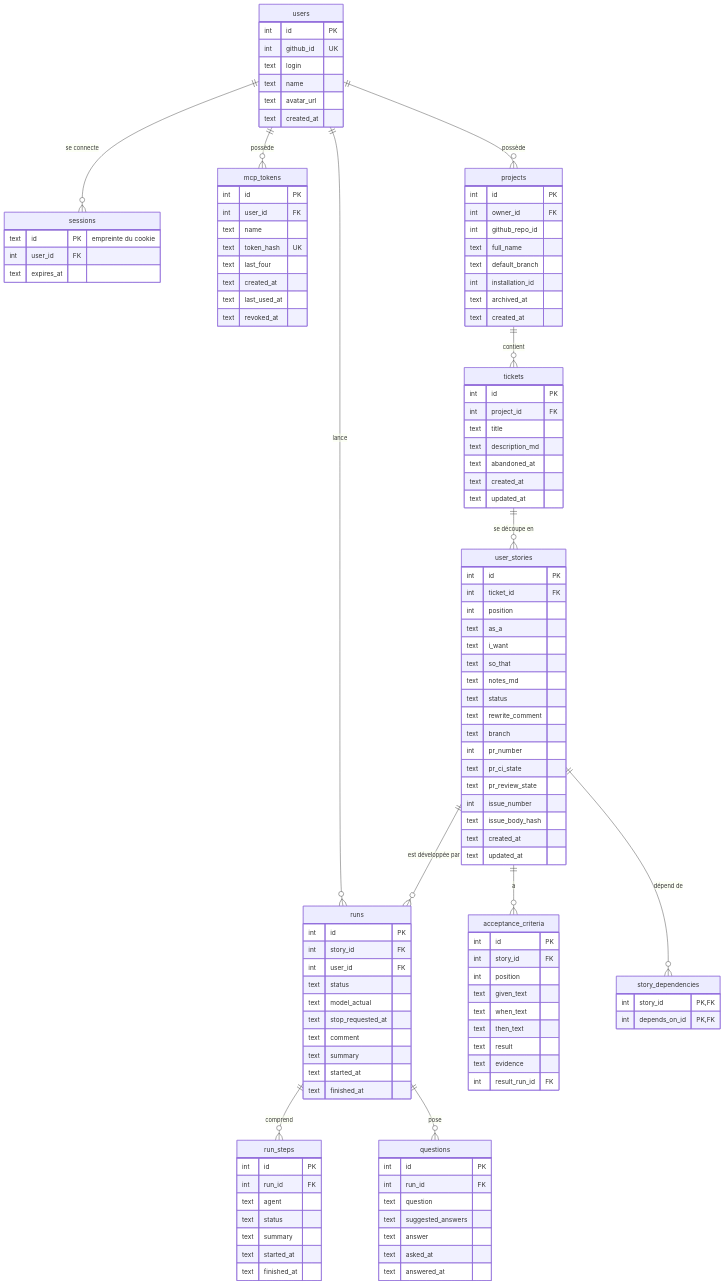
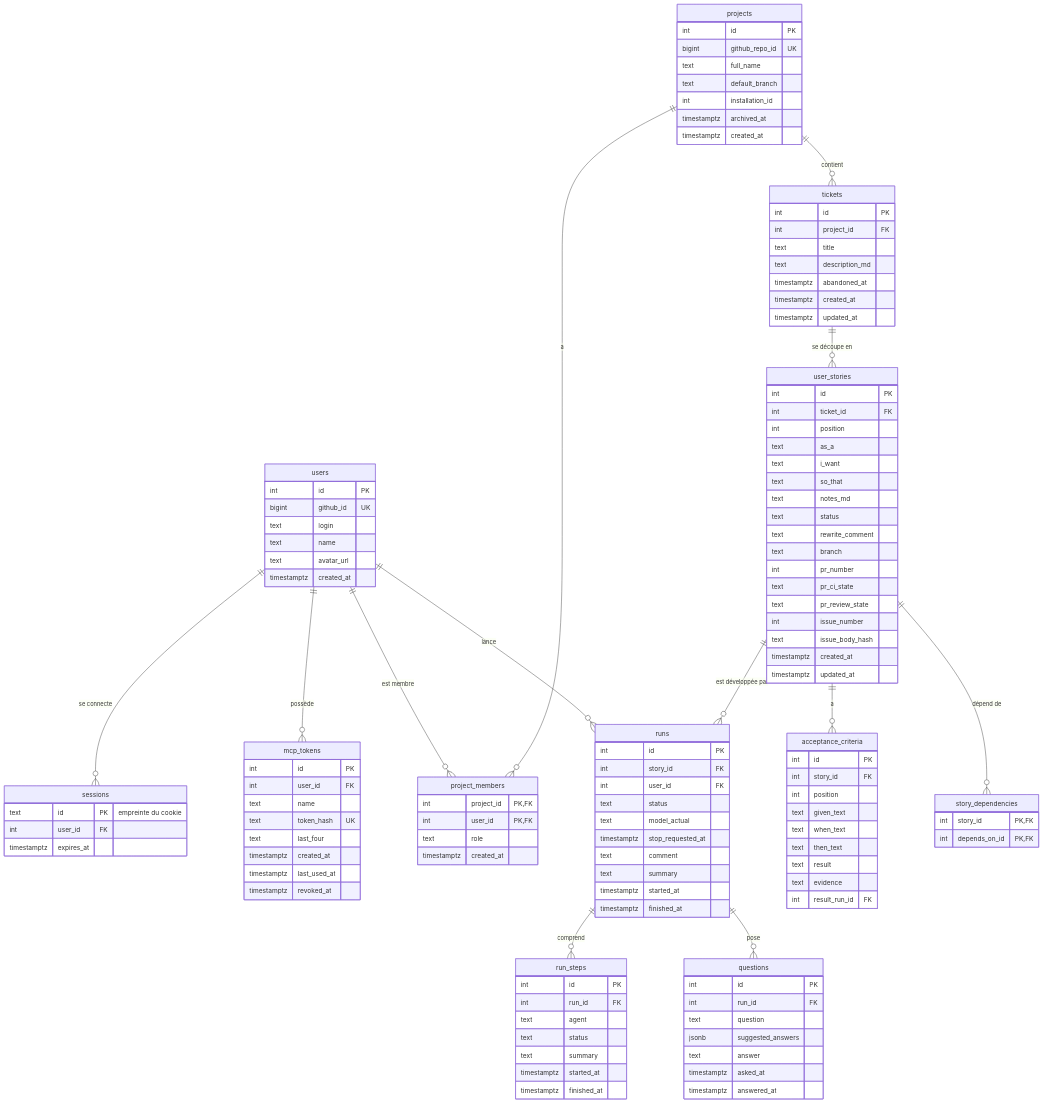
One commit to vidal-dorian/Cockpit-v2 changed the diagram in docs/decisions/002-modele-donnees.md. Above: the diagram before and after it, drawn with Mermaid. The commit also changed other lines of this file and 9 other files, not shown here.

First line of the commit message:
docs: consolidate the architecture after decisions 001 to 008

````diff
--- a/docs/decisions/002-modele-donnees.md
+++ b/docs/decisions/002-modele-donnees.md
@@ -22,7 +22,8 @@
 erDiagram
     users ||--o{ sessions : "se connecte"
     users ||--o{ mcp_tokens : possède
-    users ||--o{ projects : possède
+    users ||--o{ project_members : "est membre"
+    projects ||--o{ project_members : a
     users ||--o{ runs : lance
     projects ||--o{ tickets : contient
     tickets ||--o{ user_stories : "se découpe en"
@@ -34,16 +35,16 @@
 
     users {
         int id PK
-        int github_id UK
+        bigint github_id UK
         text login
         text name
         text avatar_url
-        text created_at
+        timestamptz created_at
     }
     sessions {
         text id PK "empreinte du cookie"
         int user_id FK
-        text expires_at
+        timestamptz expires_at
     }
     mcp_tokens {
         int id PK
@@ -51,28 +52,33 @@
         text name
         text token_hash UK
         text last_four
-        text created_at
-        text last_used_at
-        text revoked_at
+        timestamptz created_at
+        timestamptz last_used_at
+        timestamptz revoked_at
+    }
+    project_members {
+        int project_id PK, FK
+        int user_id PK, FK
+        text role
+        timestamptz created_at
     }
     projects {
         int id PK
-        int owner_id FK
-        int github_repo_id
+        bigint github_repo_id UK
         text full_name
         text default_branch
         int installation_id
-        text archived_at
-        text created_at
+        timestamptz archived_at
+        timestamptz created_at
     }
     tickets {
         int id PK
         int project_id FK
         text title
         text description_md
-        text abandoned_at
-        text created_at
-        text updated_at
+        timestamptz abandoned_at
+        timestamptz created_at
+        timestamptz updated_at
     }
     user_stories {
         int id PK
@@ -90,8 +96,8 @@
         text pr_review_state
         int issue_number
         text issue_body_hash
-        text created_at
-        text updated_at
+        timestamptz created_at
+        timestamptz updated_at
     }
     acceptance_criteria {
         int id PK
@@ -114,11 +120,11 @@
         int user_id FK
         text status
         text model_actual
-        text stop_requested_at
+        timestamptz stop_requested_at
         text comment
         text summary
-        text started_at
-        text finished_at
+        timestamptz started_at
+        timestamptz finished_at
     }
     run_steps {
         int id PK
@@ -126,16 +132,16 @@
         text agent
         text status
         text summary
-        text started_at
-        text finished_at
+        timestamptz started_at
+        timestamptz finished_at
     }
     questions {
         int id PK
         int run_id FK
         text question
-        text suggested_answers
+        jsonb suggested_answers
         text answer
-        text asked_at
-        text answered_at
+        timestamptz asked_at
+        timestamptz answered_at
     }
 ```
````
